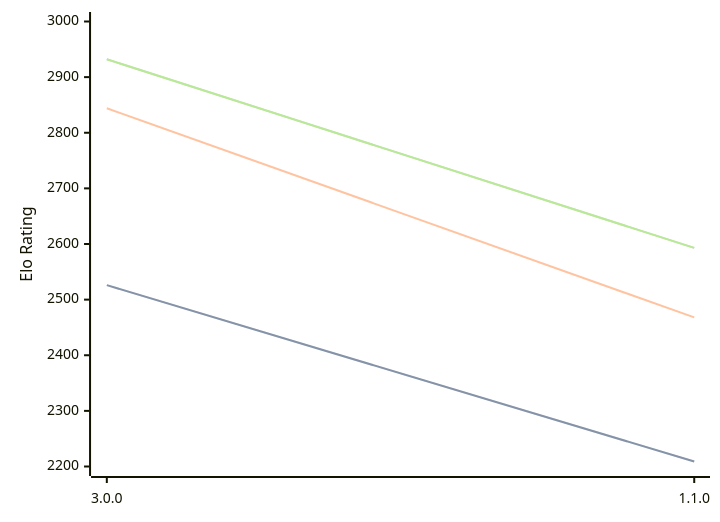
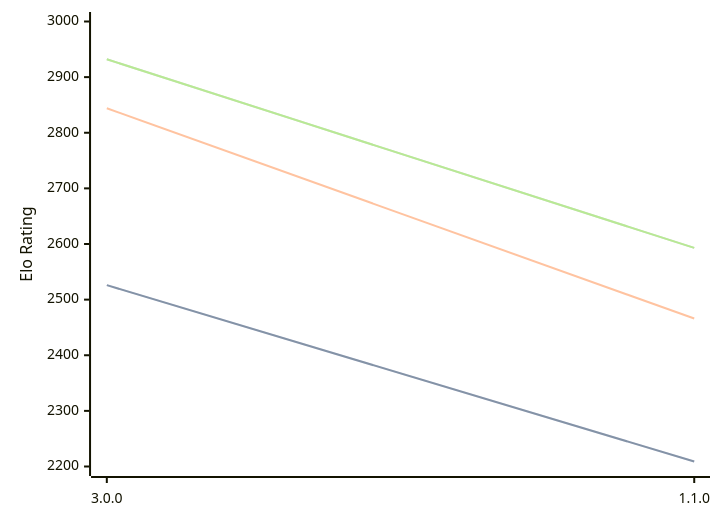
One commit to computer-chess-index/cci changed the first of 3 diagrams in engines/Potential.md. Above: the diagram before and after it, drawn with Mermaid. The commit also changed other lines of this file, not shown here.

````diff
--- a/engines/Potential.md
+++ b/engines/Potential.md
@@ -34,11 +34,11 @@
 ```mermaid
 %%{init: {"theme":"base","themeVariables":{"seriesColors:['#a3a3a3','#222221','#faa371']}}}%%
 xychart-beta
   x-axis ["3.0.0", "1.1.0"]
   y-axis "Elo Rating" 2200 --> 3000
   line "STC (8.0+0.08s)" [2526, 2209]
   line "STC (8.0+0.08s)" [2526, 2209]
-  line "LTC (60.0+0.60s)" [2844, 2468]
+  line "LTC (60.0+0.60s)" [2844, 2466]
   line "VLTC (2m24s+1.12s)" [2932, 2593]
   line "VLTC (2m24s+1.12s)" [2932, 2593]
 ```
````
